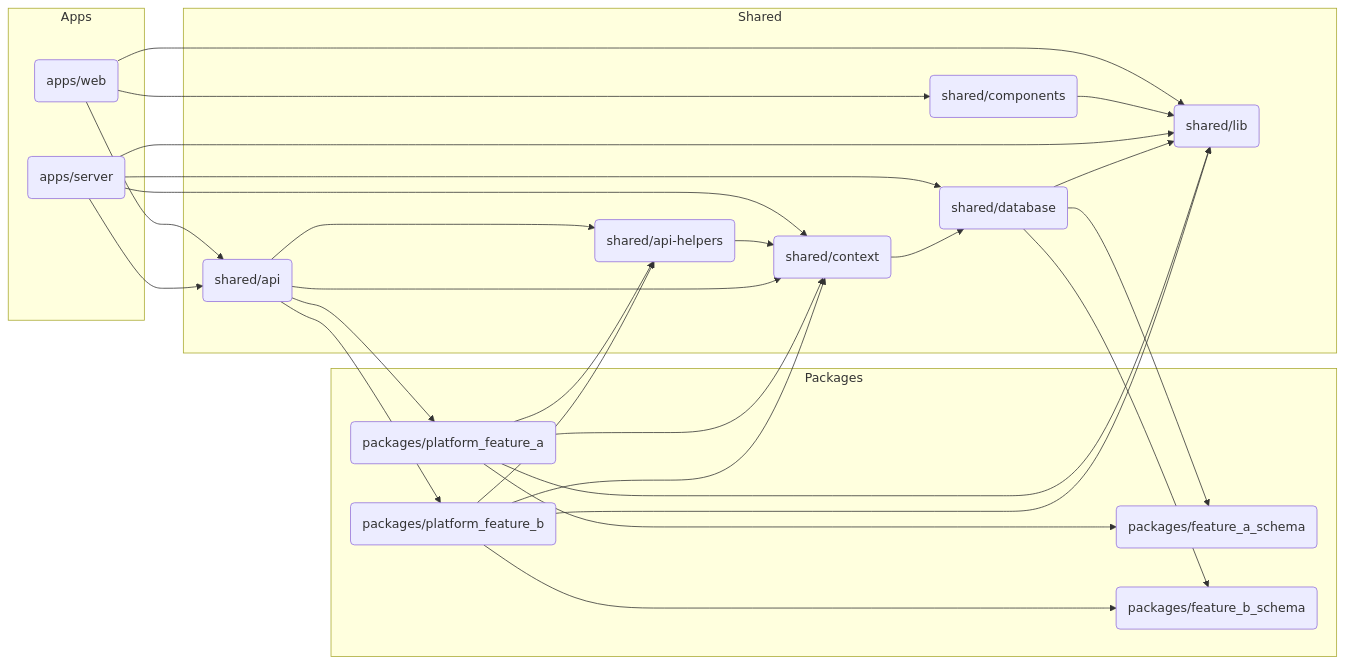
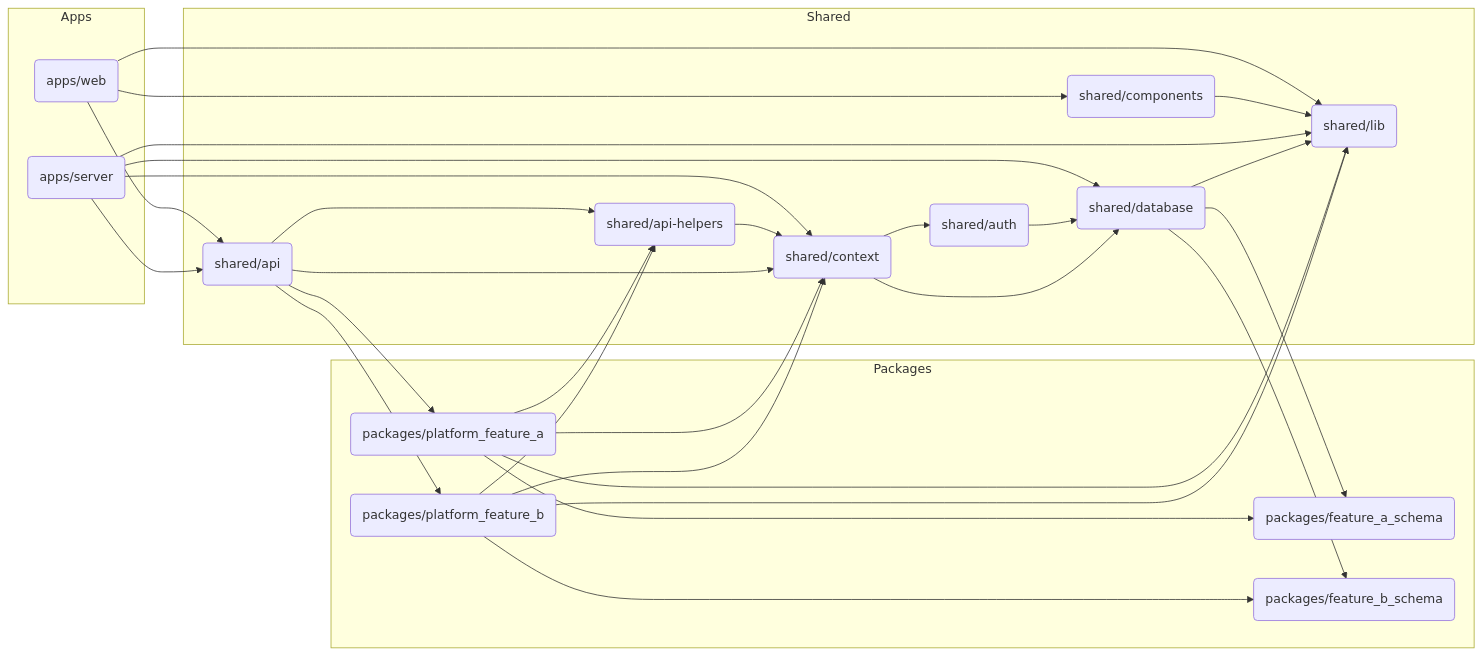
The diagram in README.md (robot-com/ignition), drawn with Mermaid before and after one commit. The commit also changed other lines of this file and 31 other files, not shown here.

````diff
--- a/README.md
+++ b/README.md
@@ -31,57 +32,61 @@
 ```mermaid
 graph LR
     subgraph Apps
         web(apps/web)
         server(apps/server)
     end
 
     subgraph Shared
         lib(shared/lib)
         components(shared/components)
         api(shared/api)
         api_helpers(shared/api-helpers)
         context(shared/context)
         database(shared/database)
+        auth(shared/auth)
     end
 
     subgraph Packages
         feature_a(packages/platform_feature_a)
         feature_b(packages/platform_feature_b)
         feature_a_schema(packages/feature_a_schema)
         feature_b_schema(packages/feature_b_schema)
     end
 
     web --> lib
     web --> components
     web --> api
 
     components --> lib
 
     server --> lib
     server --> api
     server --> context
     server --> database
 
     api_helpers --> context
 
     api --> api_helpers
     api --> context
     api --> feature_a
     api --> feature_b
 
+    auth --> database
+
     context --> database
+    context --> auth
 
     database --> lib
     database --> feature_a_schema
     database --> feature_b_schema
 
     feature_a --> context
     feature_a --> feature_a_schema
     feature_a --> api_helpers
     feature_a --> lib
 
     feature_b --> context
     feature_b --> feature_b_schema
     feature_b --> api_helpers
     feature_b --> lib
 ```
````
